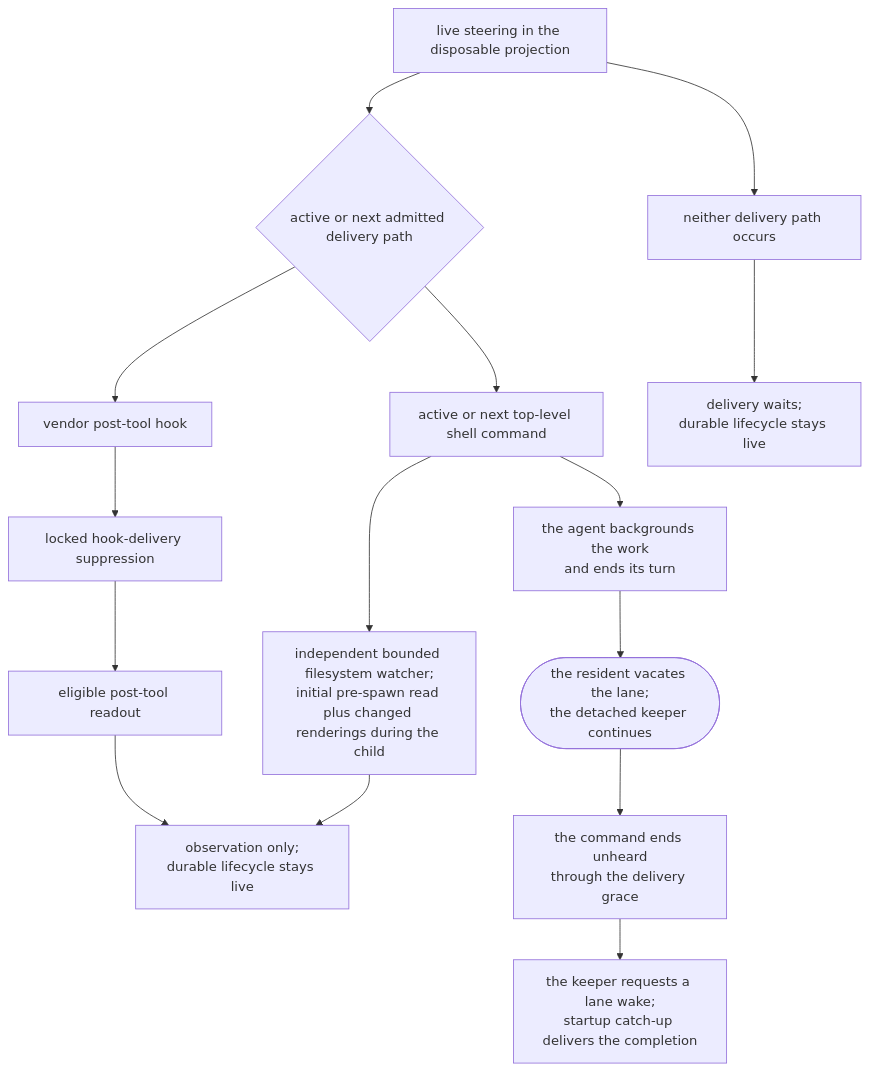
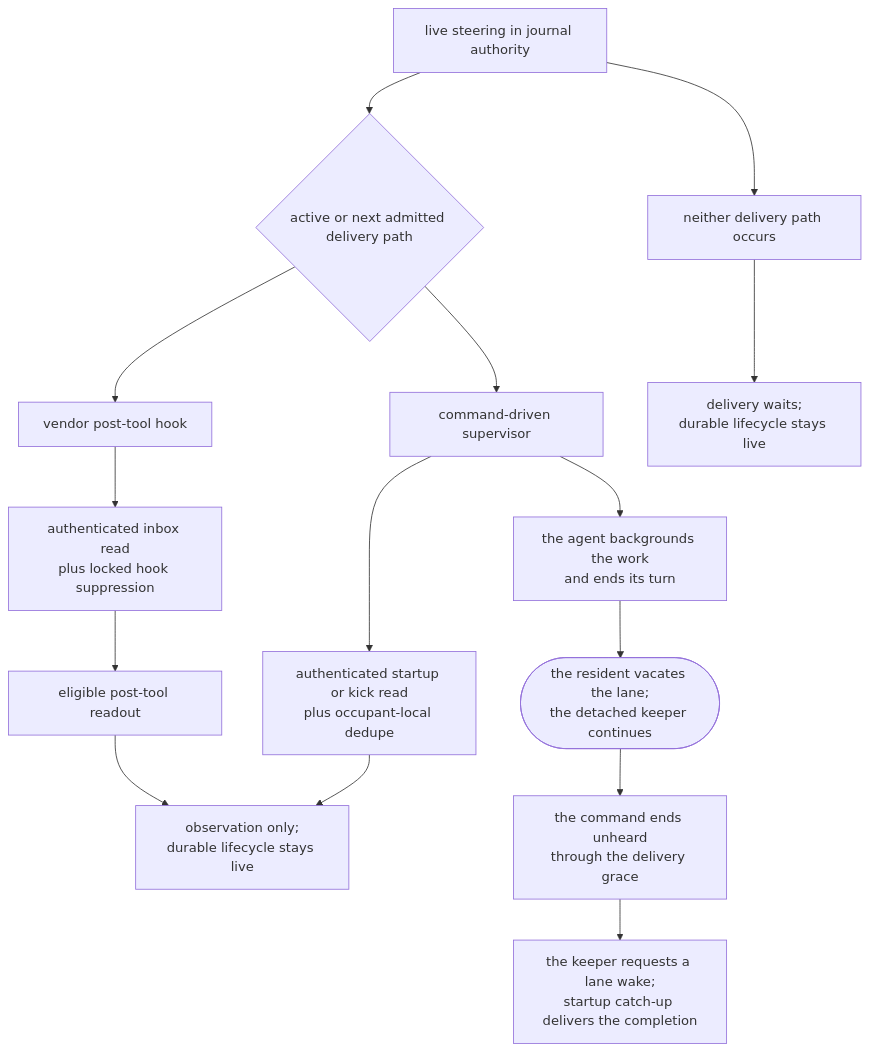
One commit to infimalabs/spice-rust changed the sixth of 9 diagrams in docs/product/planes/hooks.md. Above: the diagram before and after it, drawn with Mermaid. The commit also changed other lines of this file and 95 other files, not shown here.

Commit message:
Deliver steering from journal authority

````diff
--- a/docs/product/planes/hooks.md
+++ b/docs/product/planes/hooks.md
@@ -251,17 +245,17 @@
 ```mermaid
 flowchart TD
-  D["live steering in the disposable projection"] --> B{"active or next admitted delivery path"}
+  D["live steering in journal authority"] --> B{"active or next admitted delivery path"}
   B --> T["vendor post-tool hook"]
-  B --> C["active or next top-level shell command"]
-  T --> HS["locked hook-delivery suppression"]
-  HS --> HR["eligible post-tool readout"]
-  C --> SR["independent bounded filesystem watcher;<br/>initial pre-spawn read plus changed renderings during the child"]
-  HR --> O["observation only;<br/>durable lifecycle stays live"]
+  B --> C["command-driven supervisor"]
+  T --> HS["authenticated inbox read<br/>plus locked hook suppression"]
+  C --> SR["authenticated startup or kick read<br/>plus occupant-local dedupe"]
+  HR["eligible post-tool readout"] --> O["observation only;<br/>durable lifecycle stays live"]
+  HS --> HR
   SR --> O
   D --> N["neither delivery path occurs"]
   N --> W["delivery waits;<br/>durable lifecycle stays live"]
   C --> BG["the agent backgrounds the work<br/>and ends its turn"]
   BG --> S(["the resident vacates the lane;<br/>the detached keeper continues"])
   S --> X["the command ends unheard<br/>through the delivery grace"]
   X --> RL["the keeper requests a lane wake;<br/>startup catch-up delivers the completion"]
 ```
````
